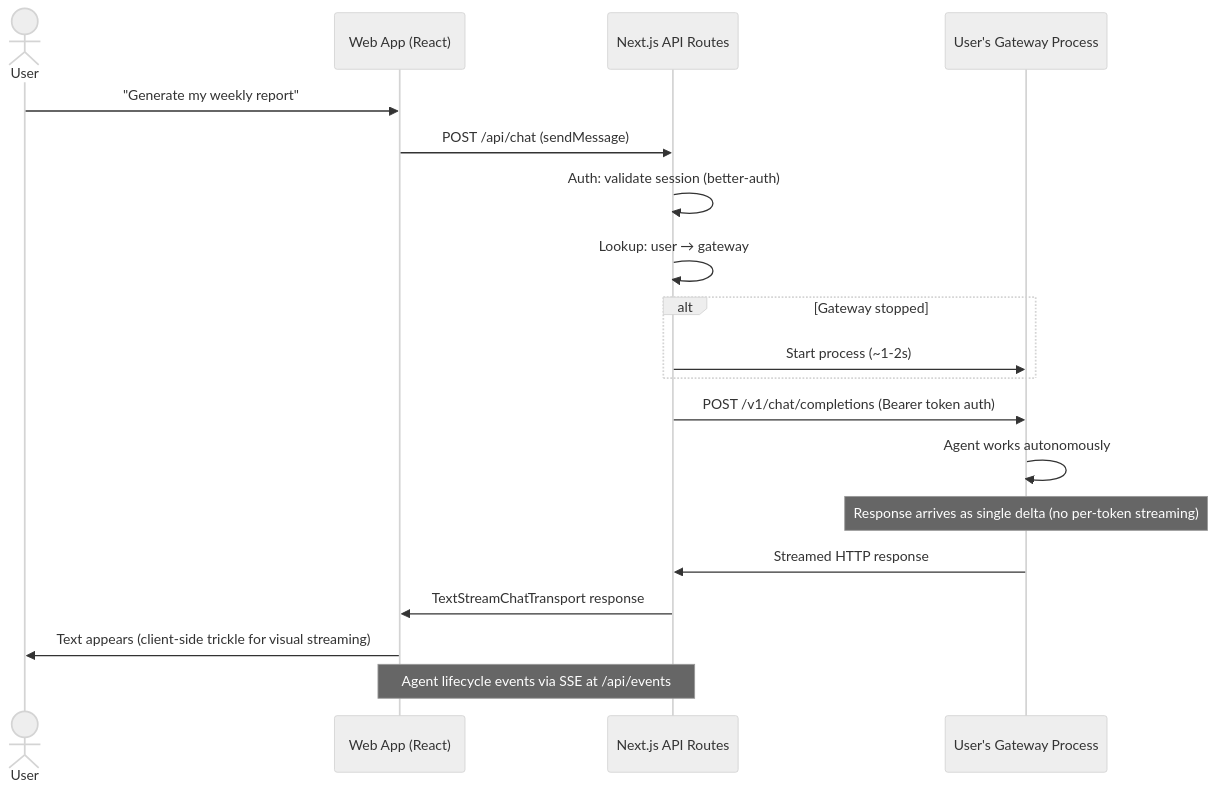
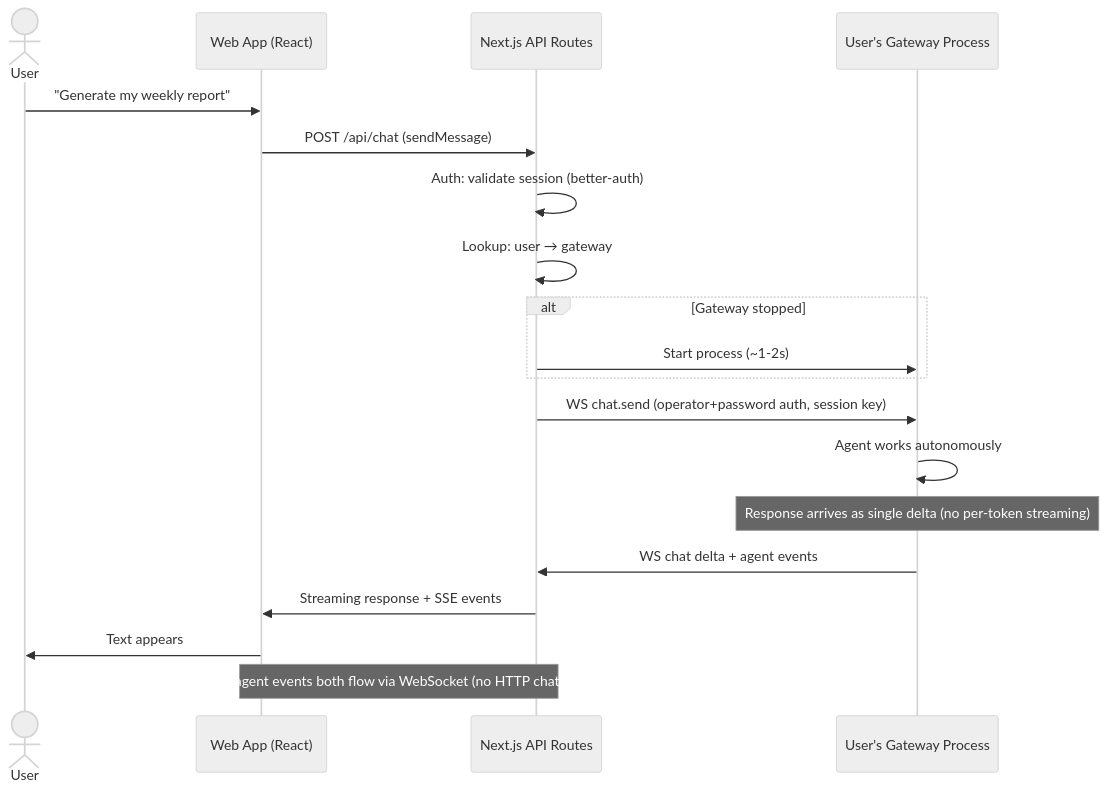
The fourth of 6 diagrams in brainstorm/architecture/overview.md (1qh/claw), drawn with Mermaid (neutral theme) before and after one commit. The commit also changed other lines of this file and 17 other files, not shown here.

````diff
--- a/brainstorm/architecture/overview.md
+++ b/brainstorm/architecture/overview.md
@@ -104,26 +104,26 @@
 ```mermaid
 sequenceDiagram
     actor User
     participant FE as Web App (React)
     participant API as Next.js API Routes
     participant GW as User's Gateway Process
 
     User->>FE: "Generate my weekly report"
     FE->>API: POST /api/chat (sendMessage)
     API->>API: Auth: validate session (better-auth)
     API->>API: Lookup: user → gateway
 
     alt Gateway stopped
         API->>GW: Start process (~1-2s)
     end
 
-    API->>GW: POST /v1/chat/completions (Bearer token auth)
+    API->>GW: WS chat.send (operator+password auth, session key)
     GW->>GW: Agent works autonomously
     Note over GW: Response arrives as single delta (no per-token streaming)
 
-    GW->>API: Streamed HTTP response
-    API->>FE: TextStreamChatTransport response
-    FE->>User: Text appears (client-side trickle for visual streaming)
+    GW->>API: WS chat delta + agent events
+    API->>FE: Streaming response + SSE events
+    FE->>User: Text appears
 
-    Note over FE,API: Agent lifecycle events via SSE at /api/events
+    Note over FE,API: Chat and agent events both flow via WebSocket (no HTTP chat endpoint)
 ```
````
